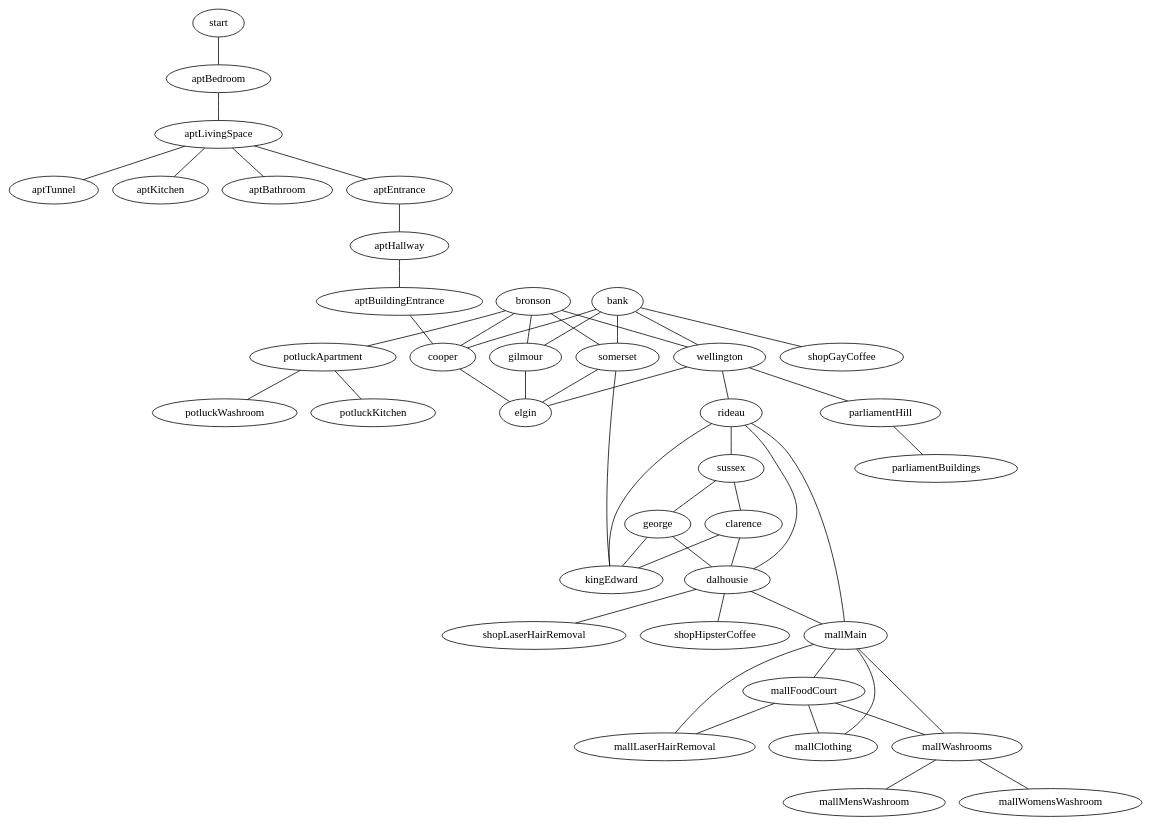
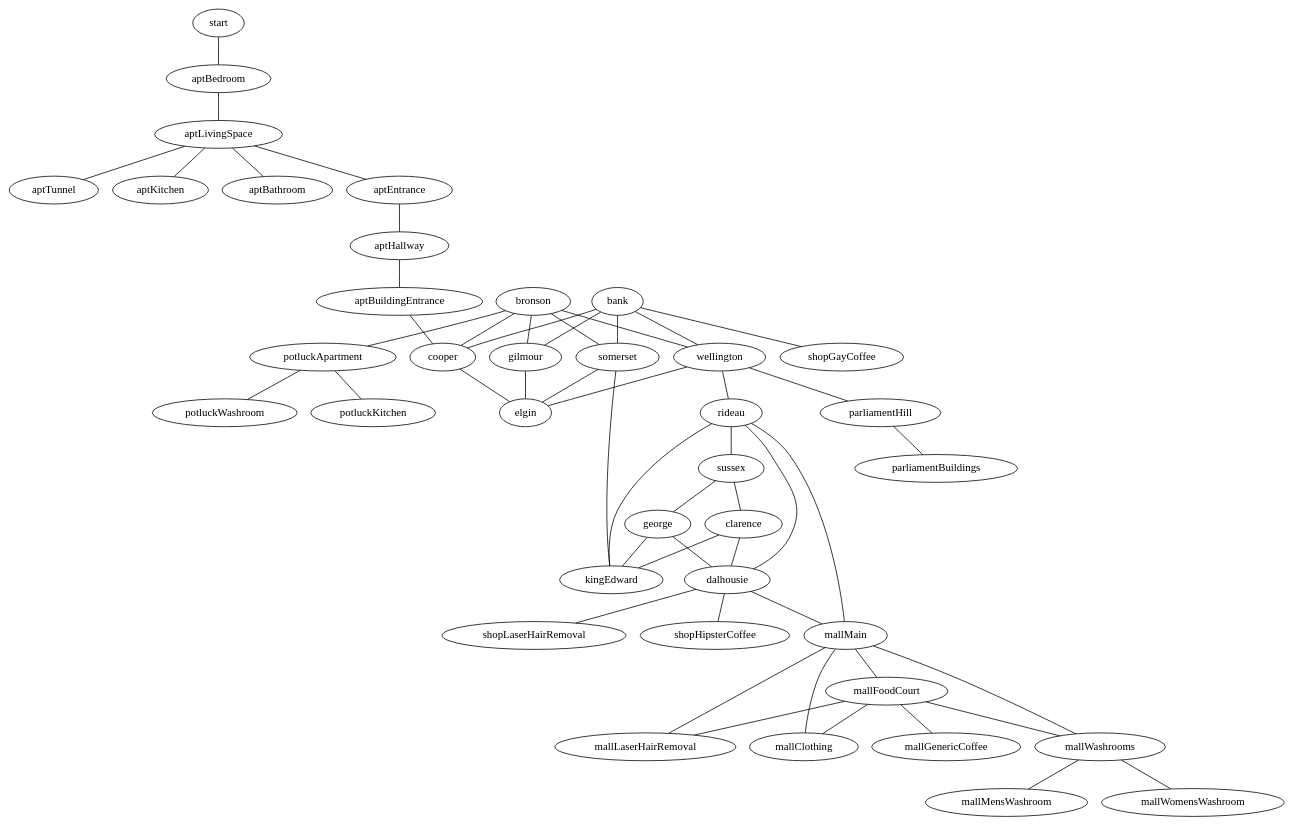
Before and after one commit to maelys-mcardle/adventure: the diagram in examples/ottawa/entities/world/values.dot, drawn with Graphviz. The commit also changed 3 other files, not shown here.

Commit message:
Added coffee shop in mall.

```diff
--- a/examples/ottawa/entities/world/values.dot
+++ b/examples/ottawa/entities/world/values.dot
@@ -1,69 +1,70 @@
 graph location {
 
   start -- aptBedroom
 
   subgraph streets {
     bank -- wellington -- elgin
     bank -- cooper -- elgin
     bank -- somerset -- elgin
     bank -- gilmour -- elgin
 
     bronson -- wellington
     bronson -- cooper
     bronson -- somerset
     bronson -- gilmour   
 
     wellington -- rideau
 
     rideau -- sussex
     rideau -- dalhousie
     rideau -- kingEdward
 
     sussex -- george -- dalhousie
     sussex -- clarence -- dalhousie
     somerset -- kingEdward
     george -- kingEdward
     clarence -- kingEdward
   }
 
   subgraph apartment {
     aptBedroom -- aptLivingSpace -- aptTunnel
     aptLivingSpace -- aptKitchen
     aptLivingSpace -- aptBathroom
     aptLivingSpace -- aptEntrance -- aptHallway 
     aptHallway -- aptBuildingEntrance -- cooper
   }
 
   subgraph shops {
     bank -- shopGayCoffee
     dalhousie -- shopLaserHairRemoval
     dalhousie -- shopHipsterCoffee
   }
 
   subgraph mall {
     rideau -- mallMain 
     dalhousie -- mallMain
 
     mallMain -- mallFoodCourt
     mallMain -- mallLaserHairRemoval
     mallMain -- mallClothing
     mallMain -- mallWashrooms
+    mallFoodCourt -- mallGenericCoffee
     mallFoodCourt -- mallClothing
     mallFoodCourt -- mallLaserHairRemoval
     mallFoodCourt -- mallWashrooms
 
     mallWashrooms -- mallMensWashroom
     mallWashrooms -- mallWomensWashroom
   }
 
   subgraph potluck {
     bronson -- potluckApartment
     potluckApartment -- potluckWashroom
     potluckApartment -- potluckKitchen
   }
 
   subgraph parliament {
     wellington -- parliamentHill
     parliamentHill -- parliamentBuildings
   }
 }
```
